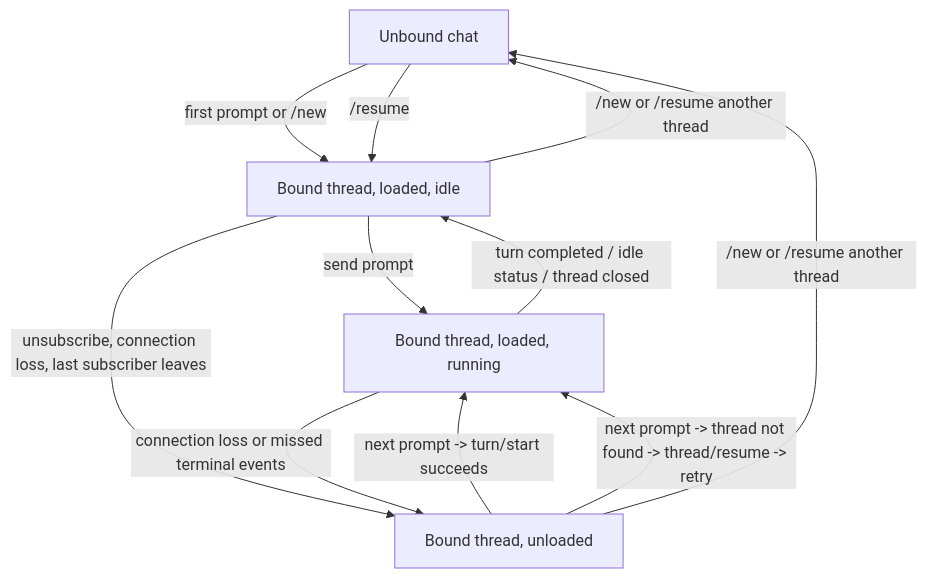
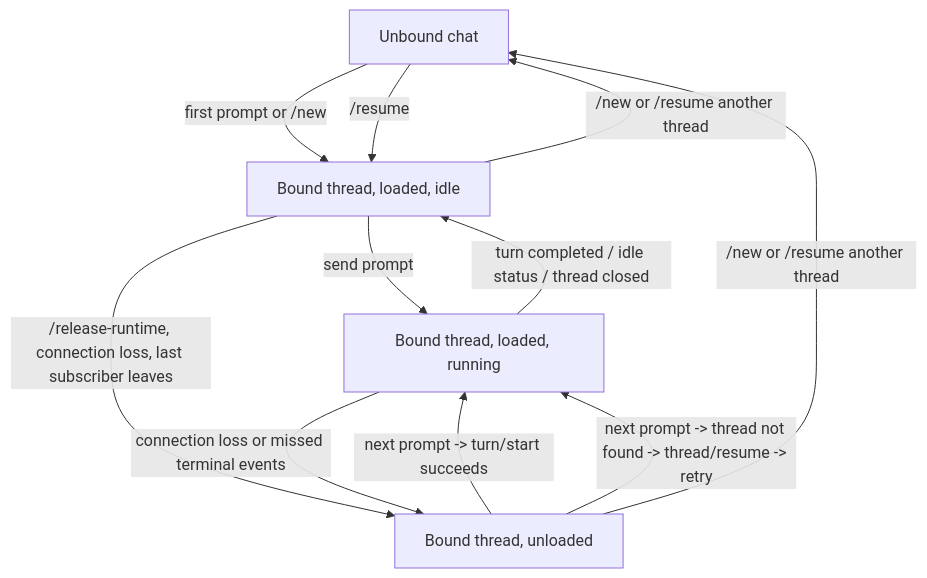
One commit to ZichaoLong/feishu-codex changed the diagram in docs/contracts/feishu-thread-lifecycle.md. Above: the diagram before and after it, drawn with Mermaid. The commit also changed other lines of this file and 51 other files, not shown here.

````diff
--- a/docs/contracts/feishu-thread-lifecycle.md
+++ b/docs/contracts/feishu-thread-lifecycle.md
@@ -74,17 +74,17 @@
 ```mermaid
 flowchart TD
     A[Unbound chat] -->|first prompt or /new| B[Bound thread, loaded, idle]
     A -->|/resume <thread>| B
 
     B -->|send prompt| C[Bound thread, loaded, running]
     C -->|turn completed / idle status / thread closed| B
 
-    B -->|unsubscribe, connection loss, last subscriber leaves| D[Bound thread, unloaded]
+    B -->|/release-runtime, connection loss, last subscriber leaves| D[Bound thread, unloaded]
     C -->|connection loss or missed terminal events| D
 
     D -->|next prompt -> turn/start succeeds| C
     D -->|next prompt -> thread not found -> thread/resume -> retry| C
 
     B -->|/new or /resume another thread| A
     D -->|/new or /resume another thread| A
 ```
````
